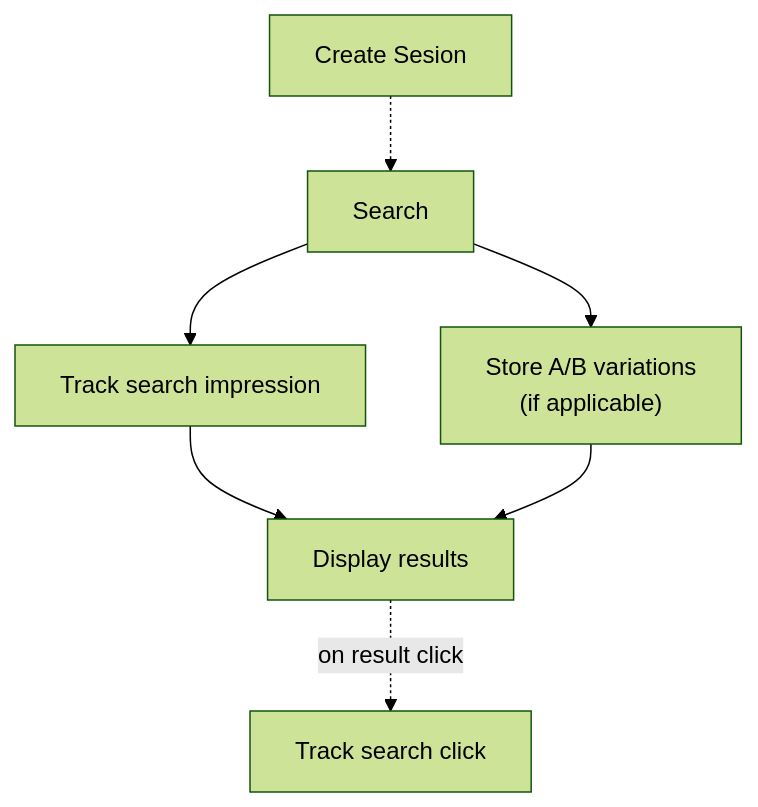
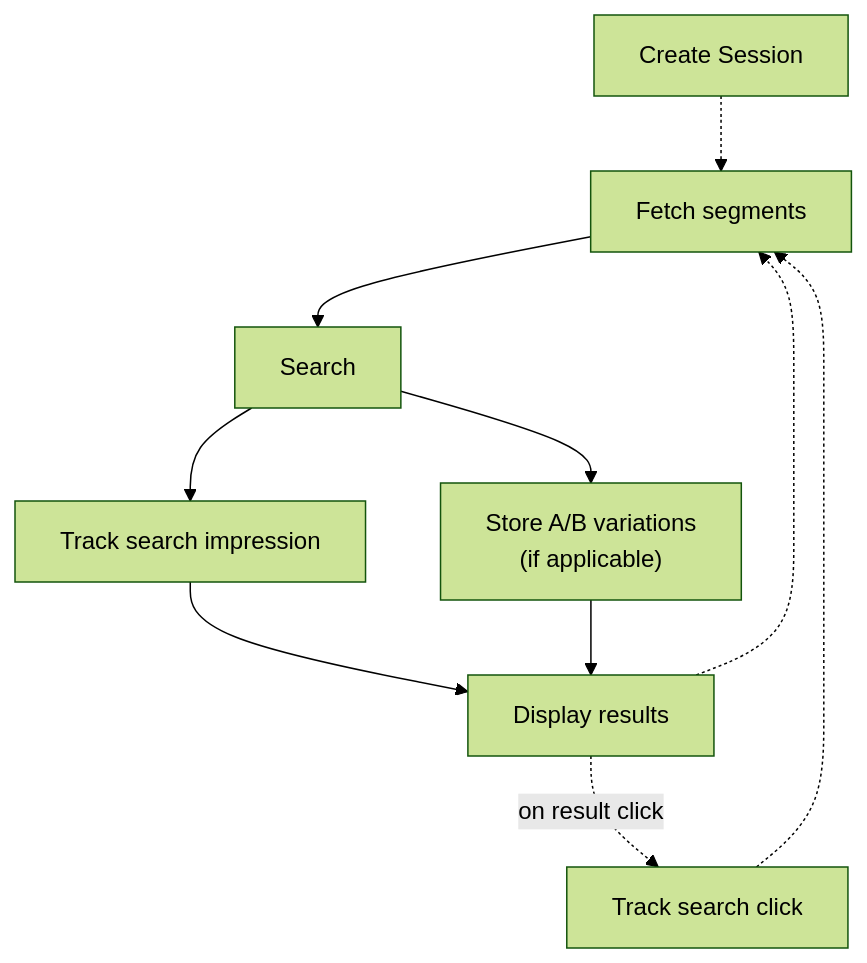
Before and after one commit to Nosto/wiki-docs: the diagram in implementing-nosto/implement-search/implement-search-using-api/analytics-ab-testing.md, drawn with Mermaid (forest theme). The commit also changed 1 other file, not shown here.

Commit message:
Add new documentation page to menu structure

````diff
--- a/implementing-nosto/implement-search/implement-search-using-api/analytics-ab-testing.md
+++ b/implementing-nosto/implement-search/implement-search-using-api/analytics-ab-testing.md
@@ -3,10 +3,13 @@
 ```mermaid
 flowchart TD
-    Sess[Create Sesion] -.-> Search
-    Search --> Imp[Track search impression]
-    Search --> AB["Store A/B variations\n(if applicable)"]
-    Imp --> Display[Display results]
-    AB --> Display
+    Session[Create Session] -.-> Segments[Fetch segments]
+    Segments --> Search
+    Search --> Impression[Track search impression]
+    Search --> ABTO["Store A/B variations\n(if applicable)"]
+    Impression --> Display[Display results]
+    ABTO --> Display
 
     Display -.->|on result click| Click[Track search click]
+    Click -.-> Segments
+    Display -.-> Segments
 ```
````
